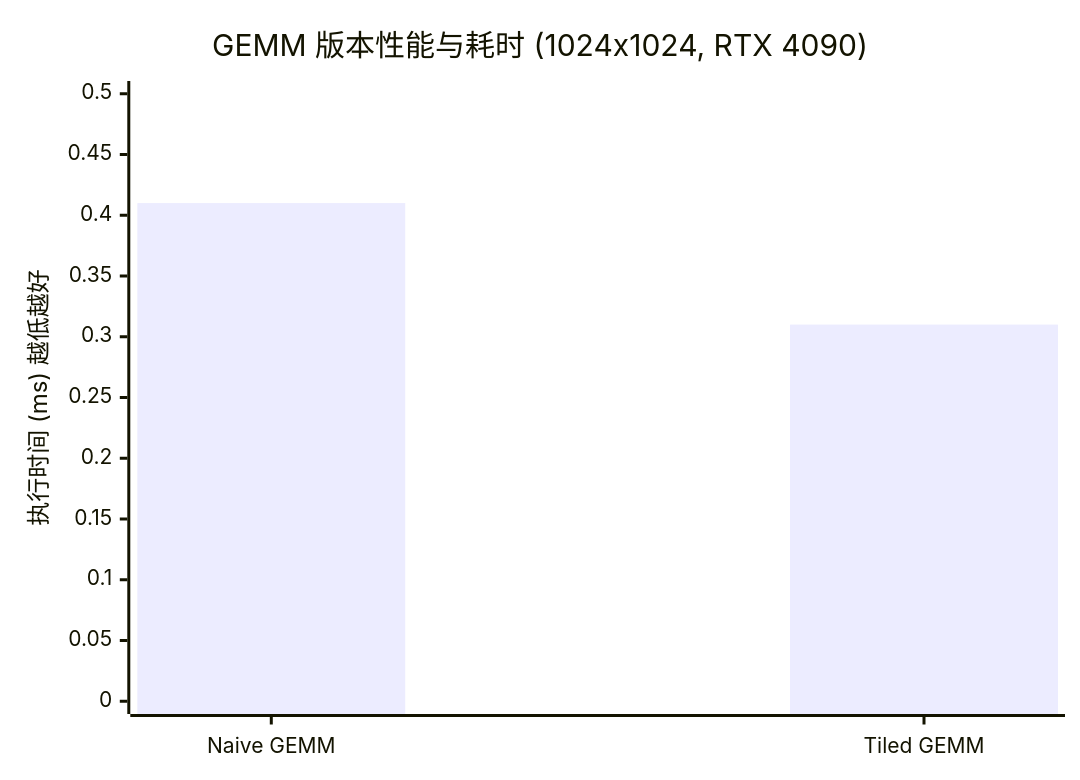
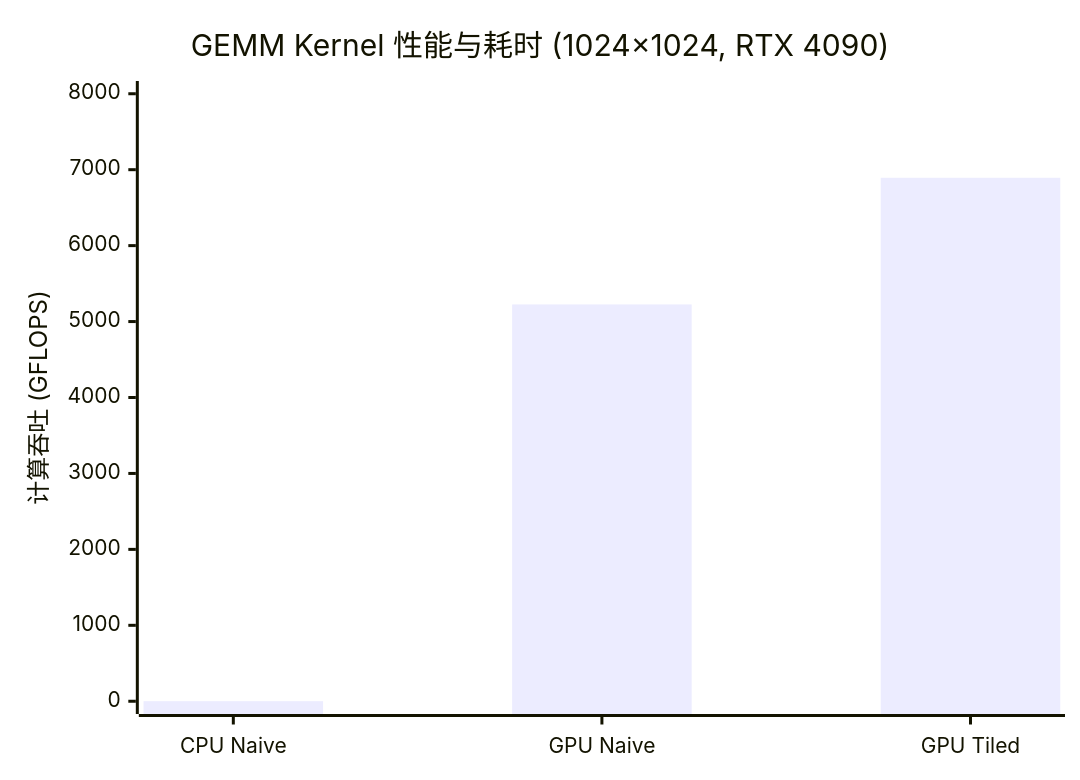
Before and after one commit to psmarter/CUDA-Practice: the third of 3 diagrams in Blogs/01_Basics_Concepts_and_Tiling.md, drawn with Mermaid. The commit also changed other lines of this file and 21 other files, not shown here.

````diff
--- a/Blogs/01_Basics_Concepts_and_Tiling.md
+++ b/Blogs/01_Basics_Concepts_and_Tiling.md
@@ -120,7 +230,7 @@
 ```mermaid
 xychart-beta
-  title "GEMM 版本性能与耗时 (1024x1024, RTX 4090)"
-  x-axis ["Naive GEMM", "Tiled GEMM"]
-  y-axis "执行时间 (ms) 越低越好" 0 --> 0.5
-  bar [0.41, 0.31]
+  title "GEMM Kernel 性能与耗时 (1024×1024, RTX 4090)"
+  x-axis ["CPU Naive", "GPU Naive", "GPU Tiled"]
+  y-axis "计算吞吐 (GFLOPS)" 0 --> 8000
+  bar [1.03, 5225.65, 6893.42]
 ```
````
